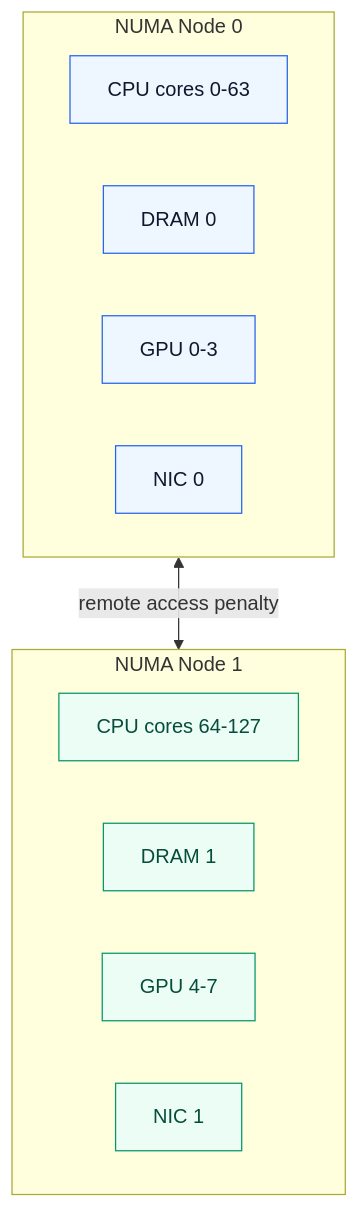
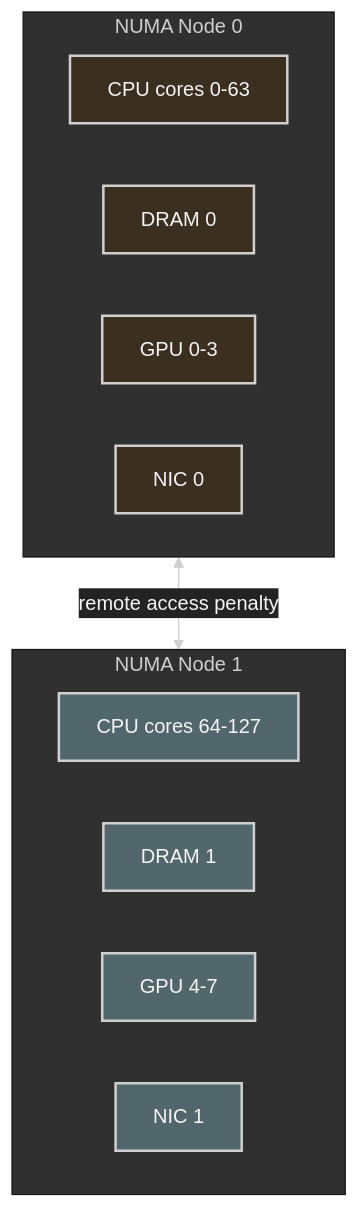
Before and after one commit to ziwon/ai-data-center-network: the seventh of 11 diagrams in ai-system-performance-engineering/chap03/README.md, drawn with Mermaid. The commit also changed other lines of this file and 35 other files, not shown here.

Commit message:
docs(mermaid): apply dark diagram style

````diff
--- a/ai-system-performance-engineering/chap03/README.md
+++ b/ai-system-performance-engineering/chap03/README.md
@@ -383,22 +389,23 @@
 ```mermaid
+%%{init: {"theme": "base", "themeVariables": {"background": "#171717", "primaryColor": "#232323", "primaryTextColor": "#f5f5f5", "primaryBorderColor": "#d0d0d0", "lineColor": "#cfcfcf", "fontFamily": "Inter, Arial, sans-serif"}}}%%
 flowchart TB
-    classDef numa0 fill:#eef6ff,stroke:#2563eb,color:#0f172a
-    classDef numa1 fill:#ecfdf5,stroke:#059669,color:#064e3b
-    classDef link fill:#fff7ed,stroke:#ea580c,color:#7c2d12
+    classDef numa0 fill:#3b2f20,stroke:#d0d0d0,color:#f5f5f5,stroke-width:2px;
+    classDef numa1 fill:#52676b,stroke:#d0d0d0,color:#f5f5f5,stroke-width:2px;
+    classDef link fill:#173f32,stroke:#d0d0d0,color:#f5f5f5,stroke-width:2px;
 
     subgraph N0["NUMA Node 0"]
         C0[CPU cores 0-63]:::numa0
         M0[DRAM 0]:::numa0
         G0[GPU 0-3]:::numa0
         NIC0[NIC 0]:::numa0
     end
 
     subgraph N1["NUMA Node 1"]
         C1[CPU cores 64-127]:::numa1
         M1[DRAM 1]:::numa1
         G1[GPU 4-7]:::numa1
         NIC1[NIC 1]:::numa1
     end
 
     N0 <-->|remote access penalty| N1
 ```
````
